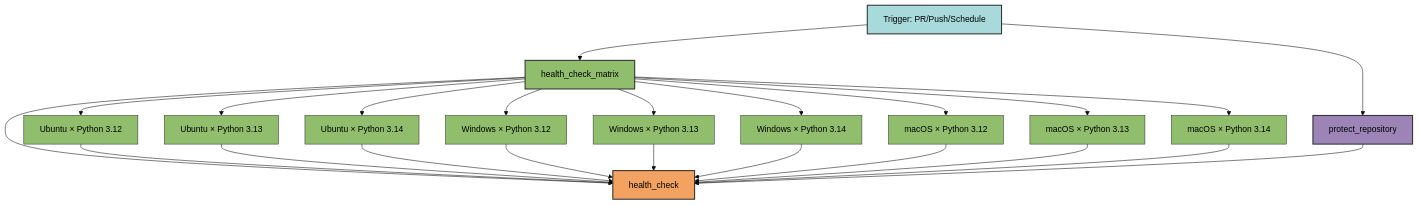
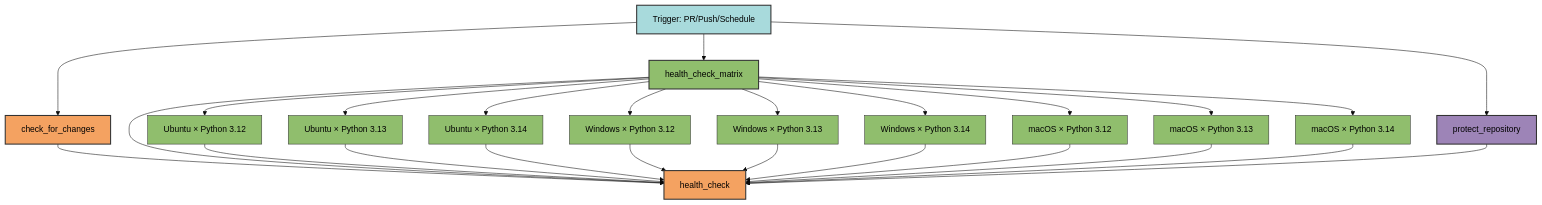
Before and after one commit to Winipedia/pyrig: the first of 4 diagrams in docs/configs/workflows/health_check.md, drawn with Mermaid (base theme). The commit also changed other lines of this file and 10 other files, not shown here.

````diff
--- a/docs/configs/workflows/health_check.md
+++ b/docs/configs/workflows/health_check.md
@@ -45,41 +45,44 @@
 ```mermaid
 graph TD
-    A[Trigger: PR/Push/Schedule] --> B[health_check_matrix]
+    A[Trigger: PR/Push/Schedule] --> CH[check_for_changes]
+    A --> B[health_check_matrix]
     A --> P[protect_repository]
-    B --> C[health_check]
+    CH --> C[health_check]
+    B --> C
     P --> C
 
     B --> B1[Ubuntu × Python 3.12]
     B --> B2[Ubuntu × Python 3.13]
     B --> B3[Ubuntu × Python 3.14]
     B --> B4[Windows × Python 3.12]
     B --> B5[Windows × Python 3.13]
     B --> B6[Windows × Python 3.14]
     B --> B7[macOS × Python 3.12]
     B --> B8[macOS × Python 3.13]
     B --> B9[macOS × Python 3.14]
 
     B1 --> C
     B2 --> C
     B3 --> C
     B4 --> C
     B5 --> C
     B6 --> C
     B7 --> C
     B8 --> C
     B9 --> C
 
     style A fill:#a8dadc,stroke:#333,stroke-width:2px,color:#000
+    style CH fill:#f4a261,stroke:#333,stroke-width:2px,color:#000
     style B fill:#90be6d,stroke:#333,stroke-width:2px,color:#000
     style P fill:#9d84b7,stroke:#333,stroke-width:2px,color:#000
     style C fill:#f4a261,stroke:#333,stroke-width:2px,color:#000
     style B1 fill:#90be6d,stroke:#333,stroke-width:1px,color:#000
     style B2 fill:#90be6d,stroke:#333,stroke-width:1px,color:#000
     style B3 fill:#90be6d,stroke:#333,stroke-width:1px,color:#000
     style B4 fill:#90be6d,stroke:#333,stroke-width:1px,color:#000
     style B5 fill:#90be6d,stroke:#333,stroke-width:1px,color:#000
     style B6 fill:#90be6d,stroke:#333,stroke-width:1px,color:#000
     style B7 fill:#90be6d,stroke:#333,stroke-width:1px,color:#000
     style B8 fill:#90be6d,stroke:#333,stroke-width:1px,color:#000
     style B9 fill:#90be6d,stroke:#333,stroke-width:1px,color:#000
 ```
````
